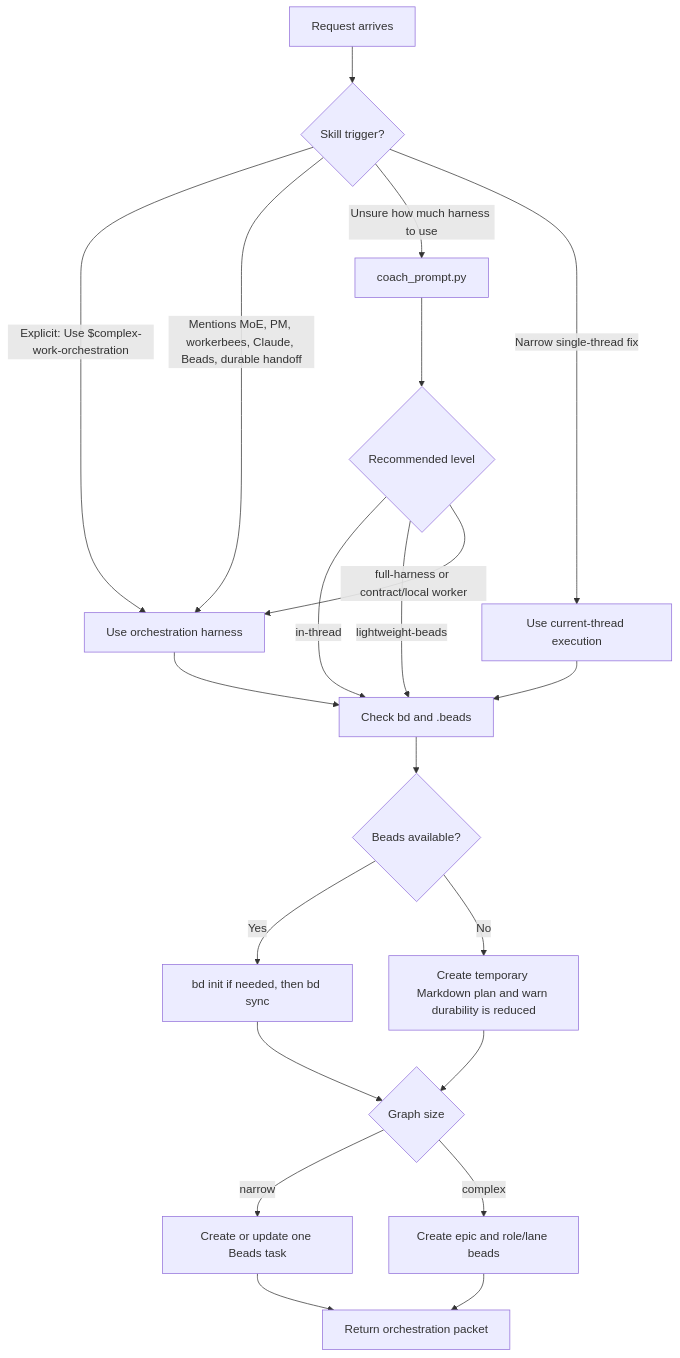
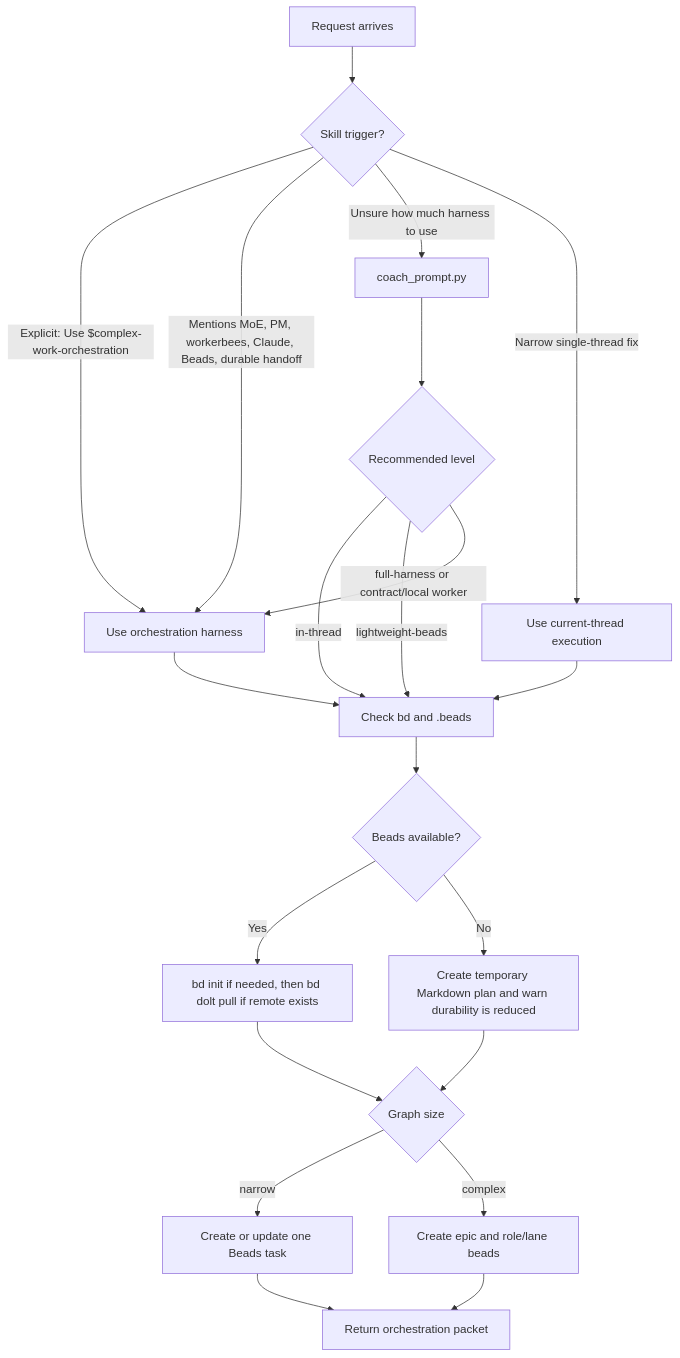
One commit to gprocunier/complex-work-orchestration changed the third of 7 diagrams in README.md. Above: the diagram before and after it, drawn with Mermaid. The commit also changed other lines of this file and 14 other files, not shown here.

````diff
--- a/README.md
+++ b/README.md
@@ -254,26 +254,26 @@
 ```mermaid
 flowchart TD
     Start[Request arrives] --> Trigger{Skill trigger?}
     Trigger -->|Explicit: Use $complex-work-orchestration| Harness[Use orchestration harness]
     Trigger -->|Mentions MoE, PM, workerbees, Claude, Beads, durable handoff| Harness
     Trigger -->|Unsure how much harness to use| Coach[coach_prompt.py]
     Trigger -->|Narrow single-thread fix| Local[Use current-thread execution]
 
     Coach --> Sizing{Recommended level}
     Sizing -->|in-thread| BeadsCheck
     Sizing -->|lightweight-beads| BeadsCheck
     Sizing -->|full-harness or contract/local worker| Harness
     Local --> BeadsCheck[Check bd and .beads]
     Harness --> BeadsCheck
 
     BeadsCheck --> HasBeads{Beads available?}
-    HasBeads -->|Yes| InitSync[bd init if needed, then bd sync]
+    HasBeads -->|Yes| InitSync[bd init if needed, then bd dolt pull if remote exists]
     HasBeads -->|No| Markdown[Create temporary Markdown plan and warn durability is reduced]
 
     InitSync --> Size{Graph size}
     Markdown --> Size
     Size -->|narrow| SingleTask[Create or update one Beads task]
     Size -->|complex| Scaffold[Create epic and role/lane beads]
     SingleTask --> Packet[Return orchestration packet]
     Scaffold --> Packet[Return orchestration packet]
 ```
````
